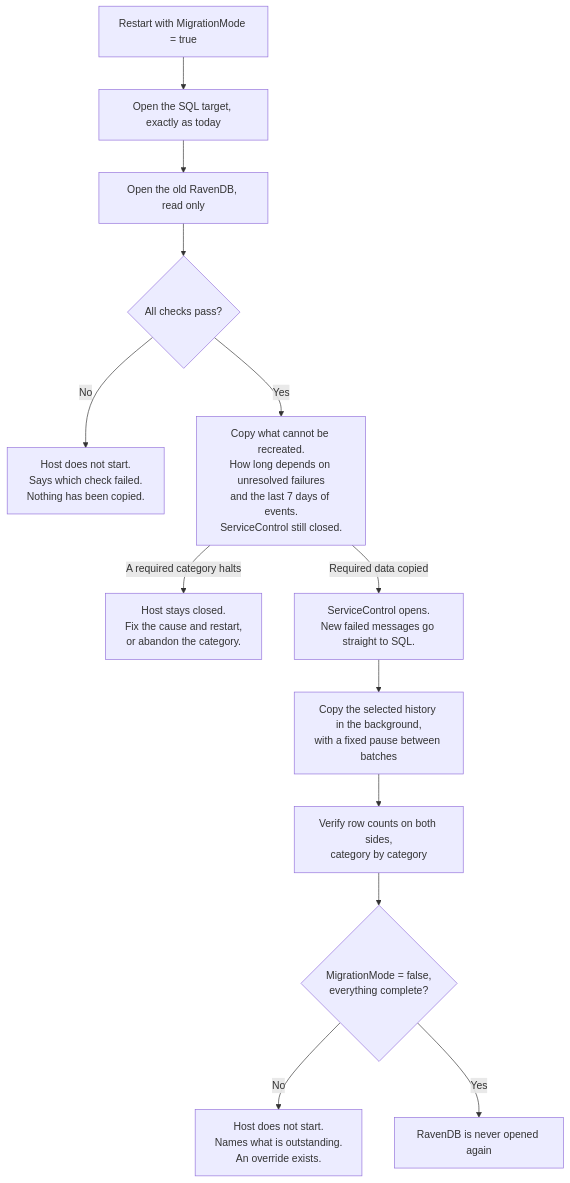
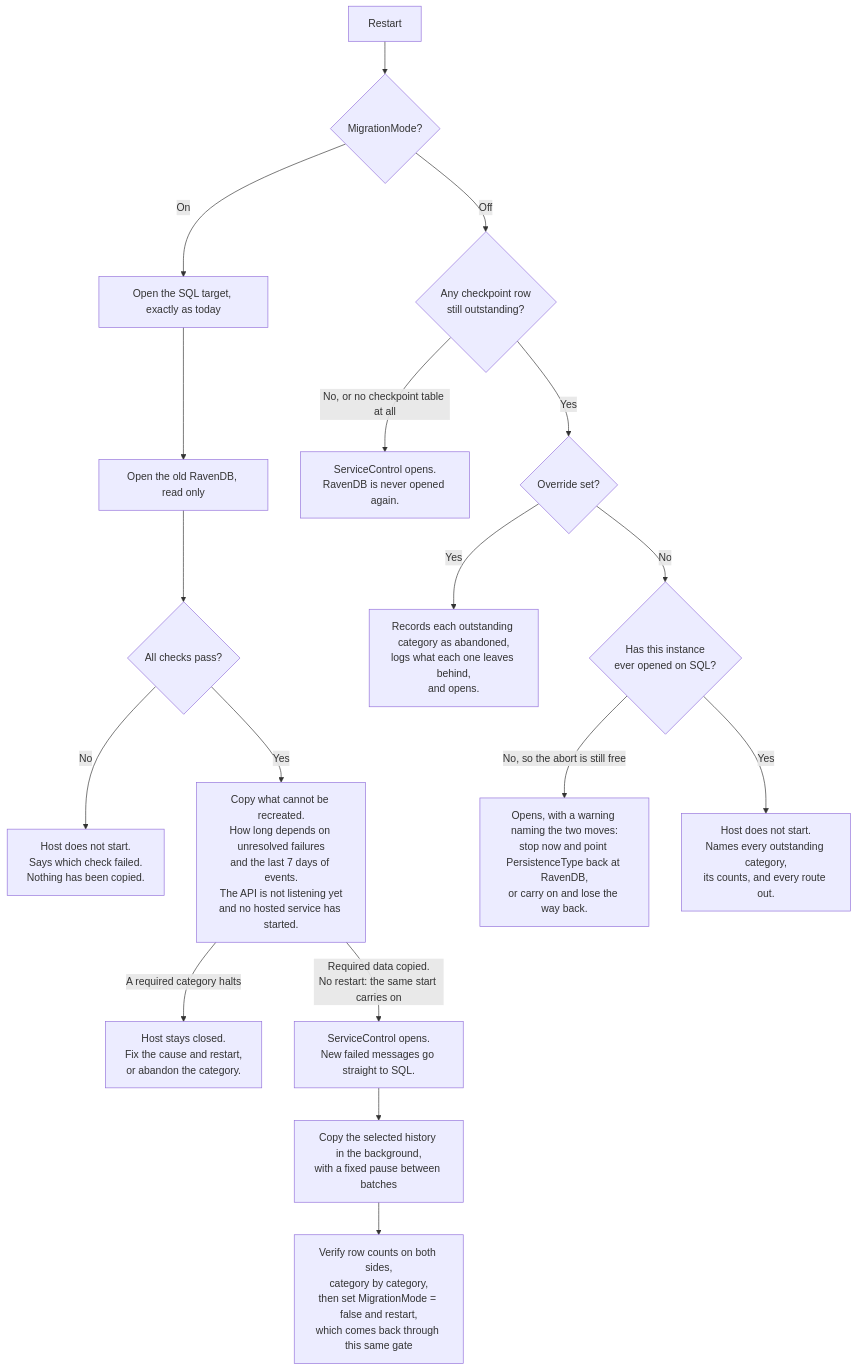
One commit to Particular/ServiceControl changed the second of 4 diagrams in docs/migration/ravendb-to-sql-migration-overview.md. Above: the diagram before and after it, drawn with Mermaid. The commit also changed other lines of this file and 3 other files, not shown here.

Commit message:
feat: Refactor migration checkpoint handling and add UpsertCheckpoint method

````diff
--- a/docs/migration/ravendb-to-sql-migration-overview.md
+++ b/docs/migration/ravendb-to-sql-migration-overview.md
@@ -124,15 +124,22 @@
 ```mermaid
 flowchart TB
-    A["Restart with MigrationMode = true"] --> B["Open the SQL target, exactly as today"]
+    A["Restart"] --> M{"MigrationMode?"}
+
+    M -->|"On"| B["Open the SQL target, exactly as today"]
     B --> C["Open the old RavenDB, read only"]
     C --> D{"All checks pass?"}
     D -->|"No"| E["Host does not start.<br/>Says which check failed.<br/>Nothing has been copied."]
-    D -->|"Yes"| F["Copy what cannot be recreated.<br/>How long depends on unresolved failures<br/>and the last 7 days of events.<br/>ServiceControl still closed."]
-    F -->|"A required category halts"| M["Host stays closed.<br/>Fix the cause and restart,<br/>or abandon the category."]
-    F -->|"Required data copied"| G["ServiceControl opens.<br/>New failed messages go straight to SQL."]
+    D -->|"Yes"| F["Copy what cannot be recreated.<br/>How long depends on unresolved failures<br/>and the last 7 days of events.<br/>The API is not listening yet<br/>and no hosted service has started."]
+    F -->|"A required category halts"| T["Host stays closed.<br/>Fix the cause and restart,<br/>or abandon the category."]
+    F -->|"Required data copied.<br/>No restart: the same start carries on"| G["ServiceControl opens.<br/>New failed messages go straight to SQL."]
     G --> H["Copy the selected history in the background,<br/>with a fixed pause between batches"]
-    H --> I["Verify row counts on both sides,<br/>category by category"]
-    I --> J{"MigrationMode = false,<br/>everything complete?"}
-    J -->|"No"| K["Host does not start.<br/>Names what is outstanding.<br/>An override exists."]
-    J -->|"Yes"| L["RavenDB is never opened again"]
+    H --> I["Verify row counts on both sides,<br/>category by category,<br/>then set MigrationMode = false and restart,<br/>which comes back through this same gate"]
+
+    M -->|"Off"| N{"Any checkpoint row<br/>still outstanding?"}
+    N -->|"No, or no checkpoint table at all"| L["ServiceControl opens.<br/>RavenDB is never opened again."]
+    N -->|"Yes"| O{"Override set?"}
+    O -->|"Yes"| P["Records each outstanding category as abandoned,<br/>logs what each one leaves behind,<br/>and opens."]
+    O -->|"No"| Q{"Has this instance<br/>ever opened on SQL?"}
+    Q -->|"No, so the abort is still free"| R["Opens, with a warning naming the two moves:<br/>stop now and point PersistenceType back at RavenDB,<br/>or carry on and lose the way back."]
+    Q -->|"Yes"| S["Host does not start.<br/>Names every outstanding category,<br/>its counts, and every route out."]
 ```
````
